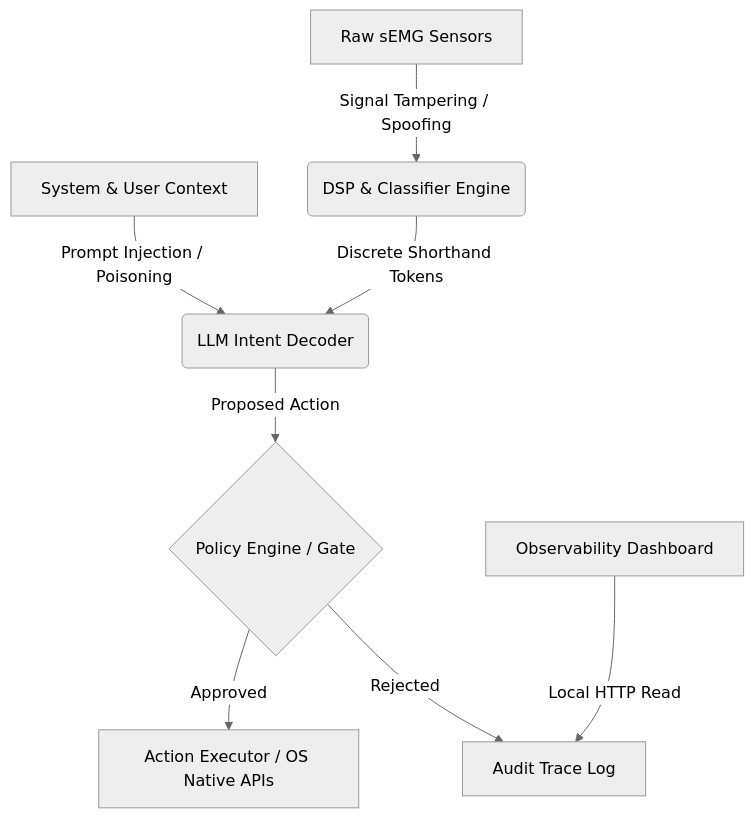
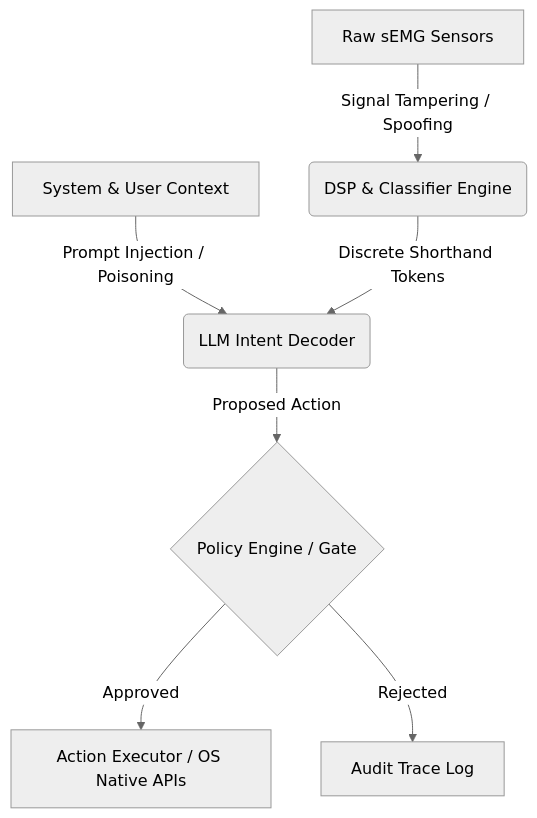
One commit to PranavKalkunte/subvocal changed the diagram in platform/security_specifications.md. Above: the diagram before and after it, drawn with Mermaid (neutral theme). The commit also changed 3 other files, not shown here.

````diff
--- a/platform/security_specifications.md
+++ b/platform/security_specifications.md
@@ -11,10 +11,9 @@
 ```mermaid
 graph TD
     A[Raw sEMG Sensors] -->|Signal Tampering / Spoofing| B(DSP & Classifier Engine)
     C[System & User Context] -->|Prompt Injection / Poisoning| D(LLM Intent Decoder)
     B -->|Discrete Shorthand Tokens| D
     D -->|Proposed Action| E{Policy Engine / Gate}
     E -->|Approved| F[Action Executor / OS Native APIs]
     E -->|Rejected| G[Audit Trace Log]
-    H[Observability Dashboard] -->|Local HTTP Read| G
 ```
````
